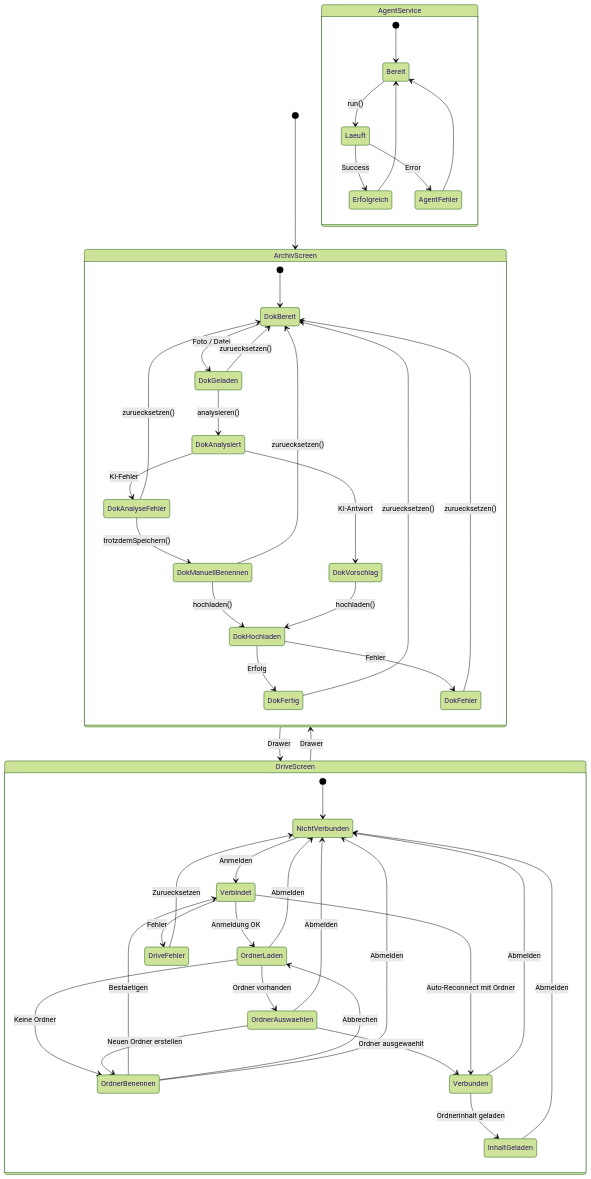
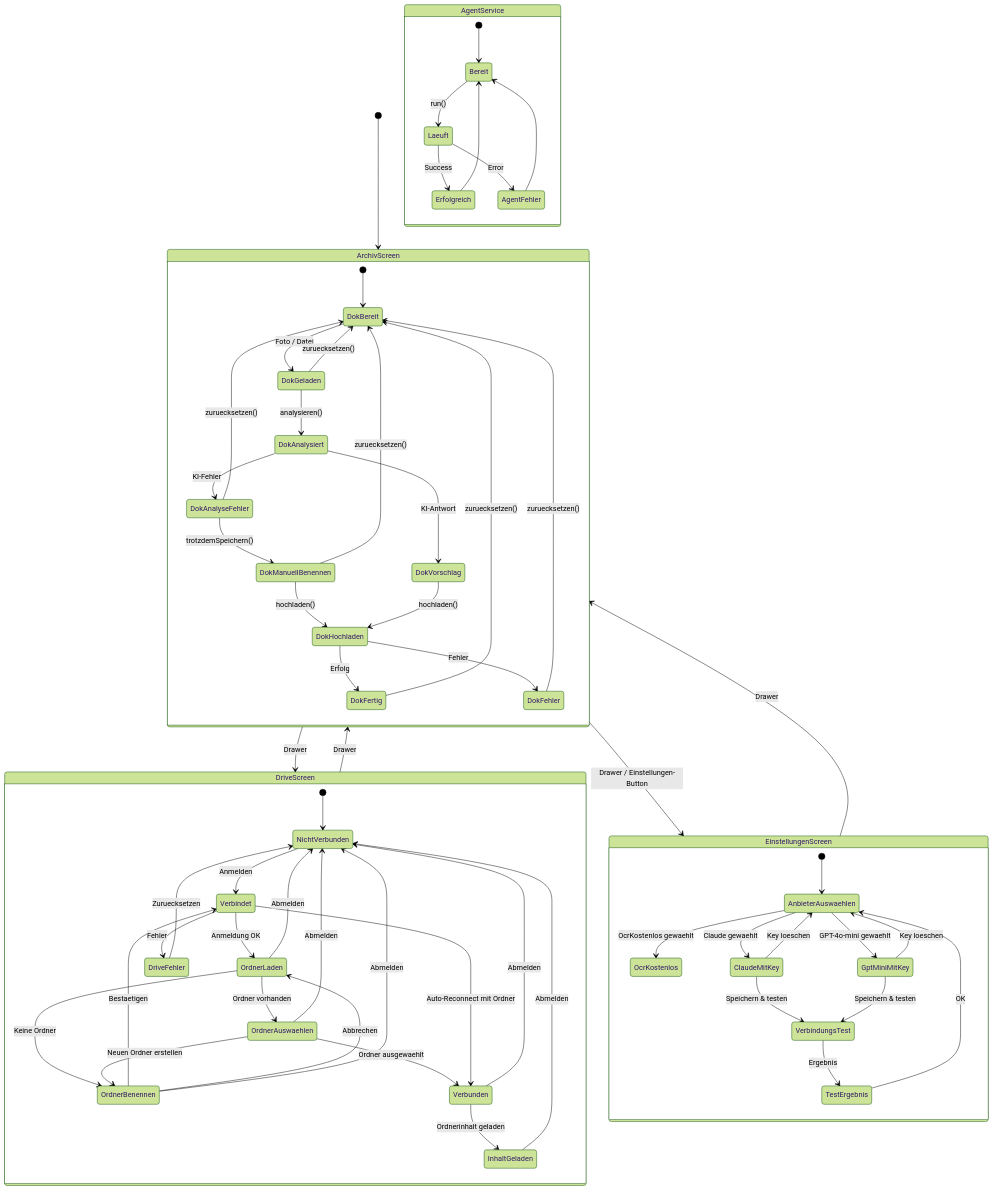
Before and after one commit to chrismeyer10/PhotoDrop: the diagram in docs/state-diagram.mmd, drawn with Mermaid (forest theme). The commit also changed 13 other files, not shown here.

First line of the commit message:
feat: Einstellungen-Screen mit KI-Anbieter-Auswahl und OpenAI-Unterstuetzung (#34)

```diff
--- a/docs/state-diagram.mmd
+++ b/docs/state-diagram.mmd
@@ -1,58 +1,73 @@
 %% PhotoDrop — Gesamt State Diagram
 %% Pflege: Bei jeder Aufgabe aktualisieren wenn sich Zustaende, Screens oder Flows aendern.
 %% Zeigt: App-Navigation, Screen-Zustaende, DriveViewModel-Zustaende, AgentService-Zustaende.
 %% Detail-Diagramme: drive-state-diagram.mmd, navigation-state-diagram.mmd, agent-state-diagram.mmd
 
 stateDiagram-v2
     [*] --> ArchivScreen
 
     ArchivScreen --> DriveScreen : Drawer
     DriveScreen --> ArchivScreen : Drawer
+    ArchivScreen --> EinstellungenScreen : Drawer / Einstellungen-Button
+    EinstellungenScreen --> ArchivScreen : Drawer
 
     state ArchivScreen {
         [*] --> DokBereit
         DokBereit --> DokGeladen : Foto / Datei
         DokGeladen --> DokAnalysiert : analysieren()
         DokGeladen --> DokBereit : zuruecksetzen()
         DokAnalysiert --> DokVorschlag : KI-Antwort
         DokAnalysiert --> DokAnalyseFehler : KI-Fehler
         DokAnalyseFehler --> DokManuellBenennen : trotzdemSpeichern()
         DokAnalyseFehler --> DokBereit : zuruecksetzen()
         DokManuellBenennen --> DokHochladen : hochladen()
         DokManuellBenennen --> DokBereit : zuruecksetzen()
         DokVorschlag --> DokHochladen : hochladen()
         DokHochladen --> DokFertig : Erfolg
         DokHochladen --> DokFehler : Fehler
         DokFertig --> DokBereit : zuruecksetzen()
         DokFehler --> DokBereit : zuruecksetzen()
     }
 
     state DriveScreen {
         [*] --> NichtVerbunden
         NichtVerbunden --> Verbindet : Anmelden
         Verbindet --> OrdnerLaden : Anmeldung OK
         OrdnerLaden --> OrdnerAuswaehlen : Ordner vorhanden
         OrdnerLaden --> OrdnerBenennen : Keine Ordner
         OrdnerAuswaehlen --> Verbunden : Ordner ausgewaehlt
         OrdnerAuswaehlen --> OrdnerBenennen : Neuen Ordner erstellen
         OrdnerAuswaehlen --> NichtVerbunden : Abmelden
         OrdnerBenennen --> Verbindet : Bestaetigen
         OrdnerBenennen --> OrdnerLaden : Abbrechen
         OrdnerBenennen --> NichtVerbunden : Abmelden
         OrdnerLaden --> NichtVerbunden : Abmelden
         Verbindet --> Verbunden : Auto-Reconnect mit Ordner
         Verbindet --> DriveFehler : Fehler
         DriveFehler --> NichtVerbunden : Zuruecksetzen
         Verbunden --> InhaltGeladen : Ordnerinhalt geladen
         Verbunden --> NichtVerbunden : Abmelden
         InhaltGeladen --> NichtVerbunden : Abmelden
     }
 
+    state EinstellungenScreen {
+        [*] --> AnbieterAuswaehlen
+        AnbieterAuswaehlen --> OcrKostenlos : OcrKostenlos gewaehlt
+        AnbieterAuswaehlen --> ClaudeMitKey : Claude gewaehlt
+        AnbieterAuswaehlen --> GptMiniMitKey : GPT-4o-mini gewaehlt
+        ClaudeMitKey --> VerbindungsTest : Speichern & testen
+        GptMiniMitKey --> VerbindungsTest : Speichern & testen
+        VerbindungsTest --> TestErgebnis : Ergebnis
+        TestErgebnis --> AnbieterAuswaehlen : OK
+        ClaudeMitKey --> AnbieterAuswaehlen : Key loeschen
+        GptMiniMitKey --> AnbieterAuswaehlen : Key loeschen
+    }
+
     state AgentService {
         [*] --> Bereit
         Bereit --> Laeuft : run()
         Laeuft --> Erfolgreich : Success
         Laeuft --> AgentFehler : Error
         Erfolgreich --> Bereit
         AgentFehler --> Bereit
     }
```
